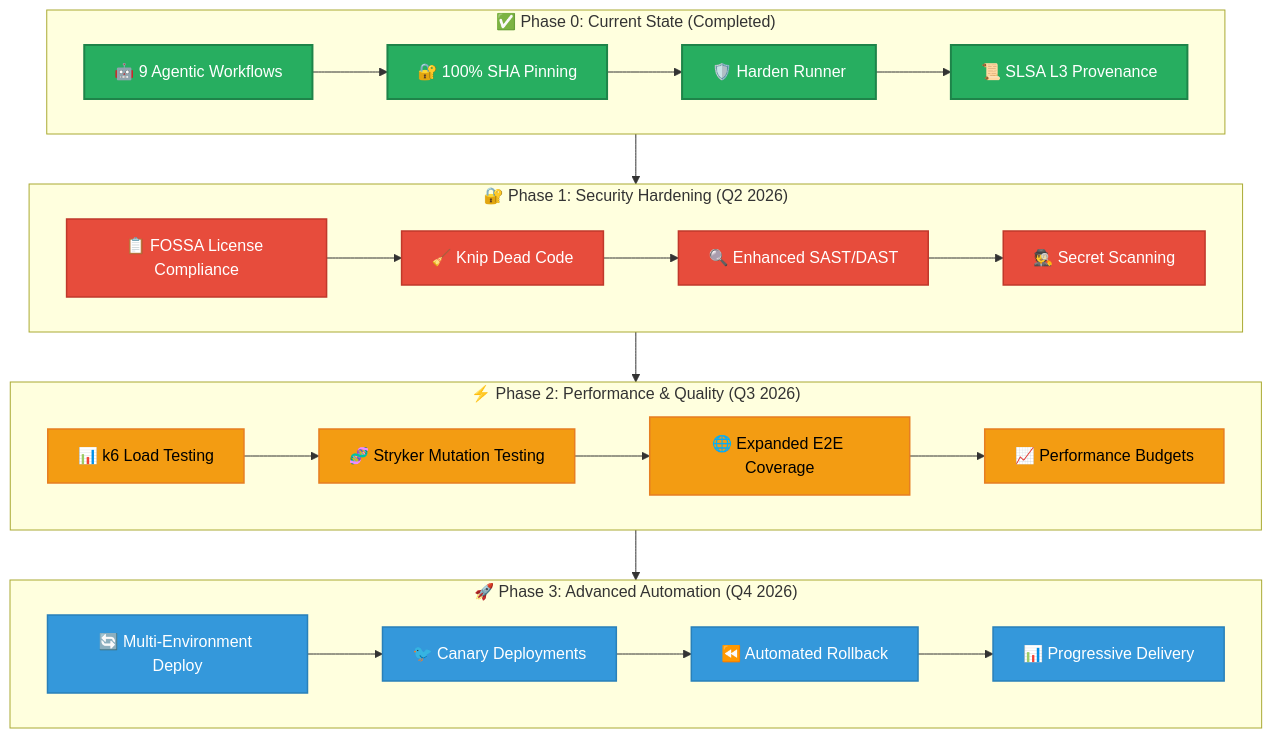
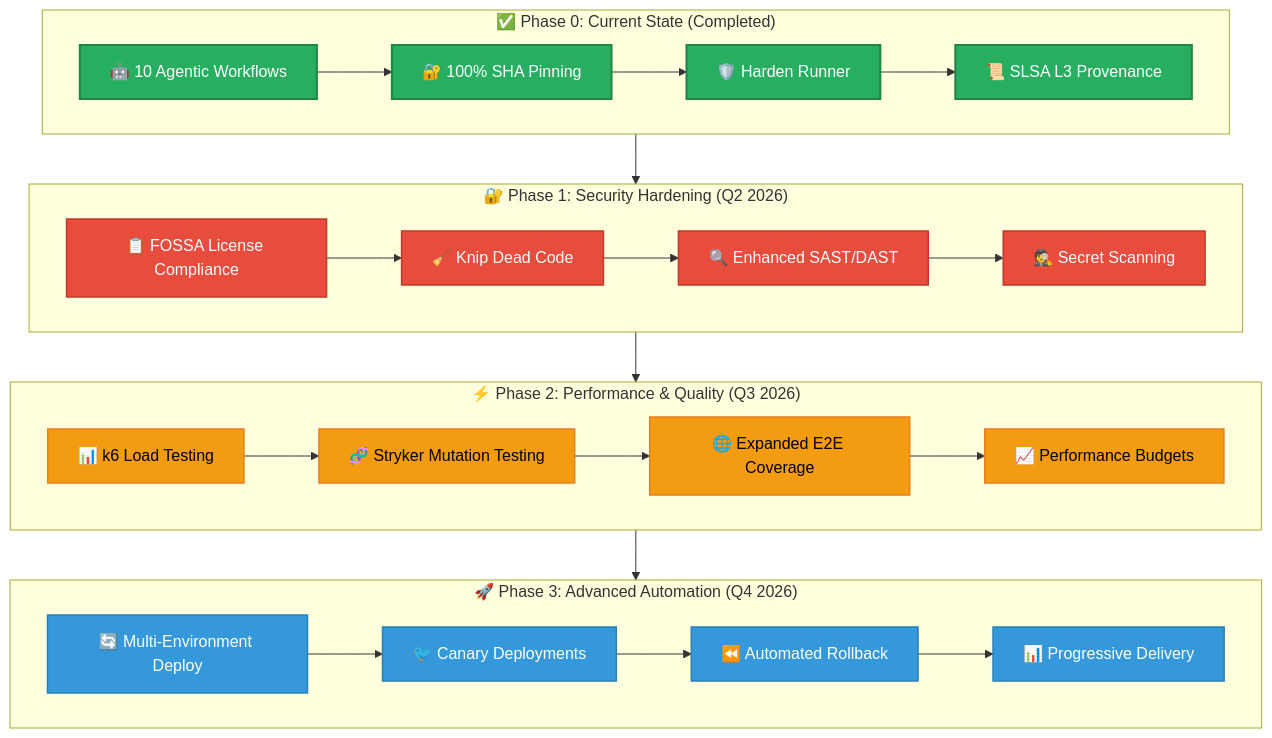
Before and after one commit to Hack23/euparliamentmonitor: the first of 7 diagrams in FUTURE_WORKFLOWS.md, drawn with Mermaid. The commit also changed 1 other file, not shown here.

Commit message:
fix: correct workflow counts (12 standard, 10 agentic) and clarify translation flow
Agent-Logs-Url: https://github.com/Hack23/euparliamentmonitor/sessions/43cc9655-3c4f-4f5e-b772-9b5a54b2f81a

````diff
--- a/FUTURE_WORKFLOWS.md
+++ b/FUTURE_WORKFLOWS.md
@@ -115,38 +115,38 @@
 ```mermaid
 flowchart TD
     subgraph Phase0["✅ Phase 0: Current State (Completed)"]
-        P0A[🤖 9 Agentic Workflows] --> P0B[🔐 100% SHA Pinning]
+        P0A[🤖 10 Agentic Workflows] --> P0B[🔐 100% SHA Pinning]
         P0B --> P0C[🛡️ Harden Runner]
         P0C --> P0D[📜 SLSA L3 Provenance]
     end
 
     subgraph Phase1["🔐 Phase 1: Security Hardening (Q2 2026)"]
         P1A[📋 FOSSA License Compliance] --> P1B[🧹 Knip Dead Code]
         P1B --> P1C[🔍 Enhanced SAST/DAST]
         P1C --> P1D[🕵️ Secret Scanning]
     end
 
     subgraph Phase2["⚡ Phase 2: Performance & Quality (Q3 2026)"]
         P2A[📊 k6 Load Testing] --> P2B[🧬 Stryker Mutation Testing]
         P2B --> P2C[🌐 Expanded E2E Coverage]
         P2C --> P2D[📈 Performance Budgets]
     end
 
     subgraph Phase3["🚀 Phase 3: Advanced Automation (Q4 2026)"]
         P3A[🔄 Multi-Environment Deploy] --> P3B[🐦 Canary Deployments]
         P3B --> P3C[⏪ Automated Rollback]
         P3C --> P3D[📊 Progressive Delivery]
     end
 
     Phase0 --> Phase1 --> Phase2 --> Phase3
 
     classDef completed fill:#27ae60,stroke:#1e8449,stroke-width:2px,color:white
     classDef security fill:#e74c3c,stroke:#c0392b,stroke-width:1.5px,color:white
     classDef performance fill:#f39c12,stroke:#e67e22,stroke-width:1.5px,color:black
     classDef automation fill:#3498db,stroke:#2980b9,stroke-width:1.5px,color:white
 
     class P0A,P0B,P0C,P0D completed
     class P1A,P1B,P1C,P1D security
     class P2A,P2B,P2C,P2D performance
     class P3A,P3B,P3C,P3D automation
 ```
````
